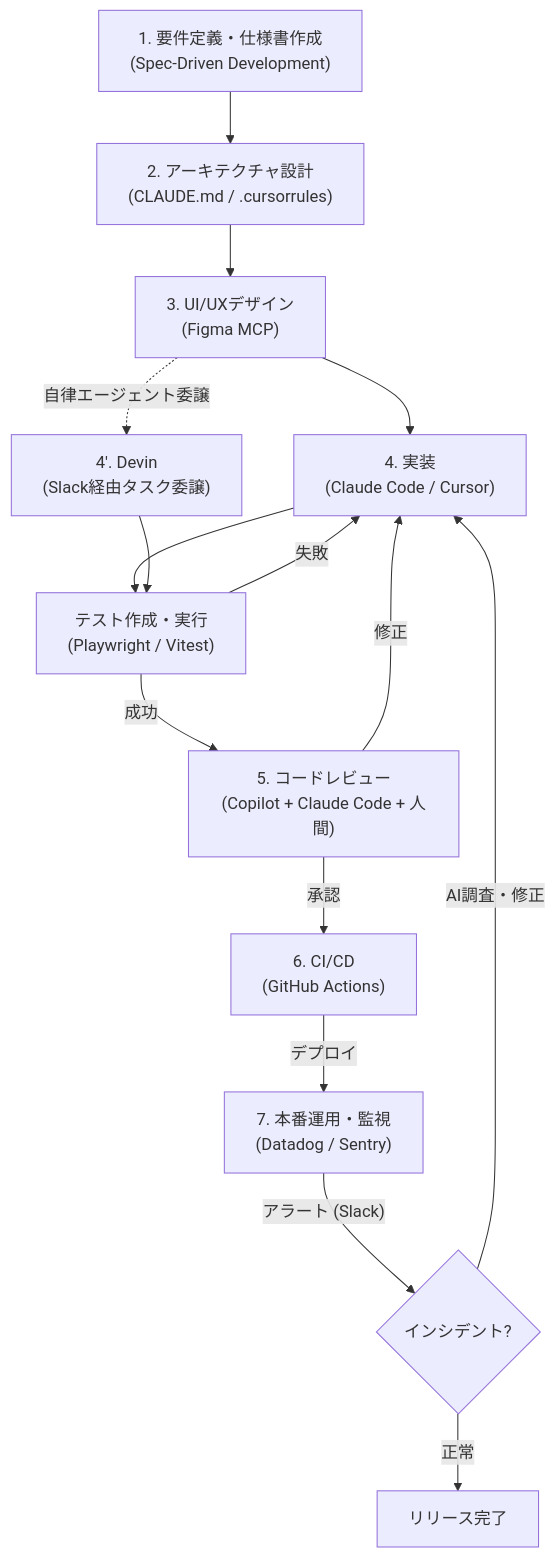
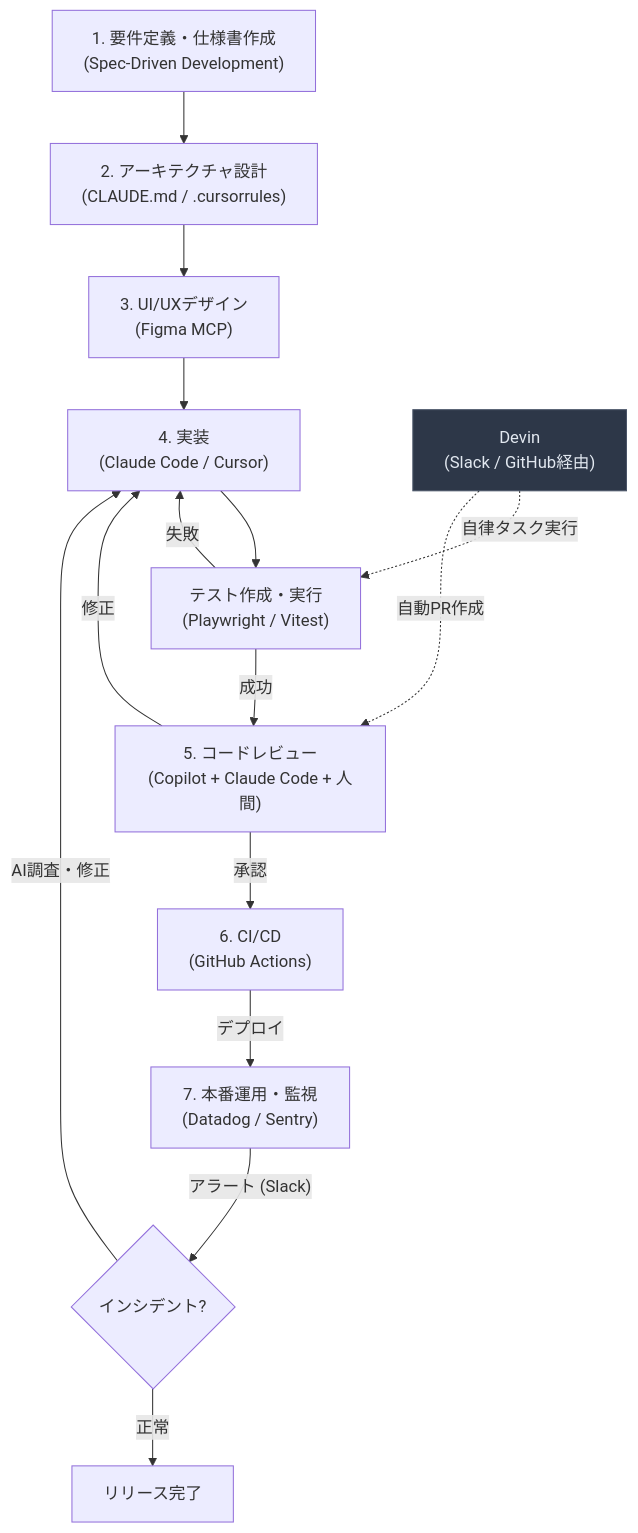
Before and after one commit to takuma39/ai: the fourth of 16 diagrams in AI駆動開発.md, drawn with Mermaid. The commit also changed other lines of this file, not shown here.

````diff
--- a/AI駆動開発.md
+++ b/AI駆動開発.md
@@ -193,17 +193,19 @@
 ```mermaid
 flowchart TD
     A["1. 要件定義・仕様書作成<br/>(Spec-Driven Development)"] --> B["2. アーキテクチャ設計<br/>(CLAUDE.md / .cursorrules)"]
     B --> C["3. UI/UXデザイン<br/>(Figma MCP)"]
     C --> D["4. 実装<br/>(Claude Code / Cursor)"]
-    C -.->|"自律エージェント委譲"| D2["4'. Devin<br/>(Slack経由タスク委譲)"]
     D --> T["テスト作成・実行<br/>(Playwright / Vitest)"]
-    D2 --> T
     T -->|"失敗"| D
     T -->|"成功"| E["5. コードレビュー<br/>(Copilot + Claude Code + 人間)"]
     E -->|修正| D
     E -->|承認| F["6. CI/CD<br/>(GitHub Actions)"]
     F -->|デプロイ| G["7. 本番運用・監視<br/>(Datadog / Sentry)"]
     G -->|"アラート (Slack)"| H{"インシデント?"}
     H -->|"AI調査・修正"| D
     H -->|"正常"| I["リリース完了"]
+
+    style D2 fill:#2d3748,stroke:#4a5568,color:#e2e8f0
+    D2["Devin<br/>(Slack / GitHub経由)"] -.->|"自律タスク実行"| T
+    D2 -.->|"自動PR作成"| E
 ```
````
